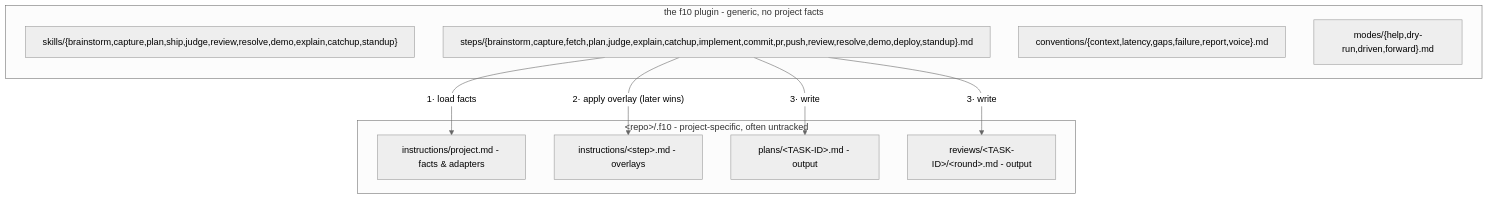
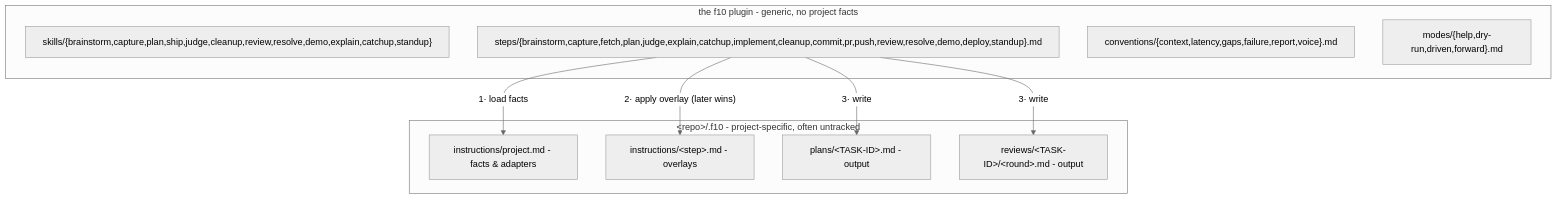
The second of 2 diagrams in README.md (amberpixels/f10), drawn with Mermaid (neutral theme) before and after one commit. The commit also changed other lines of this file and 9 other files, not shown here.

````diff
--- a/README.md
+++ b/README.md
@@ -197,19 +199,19 @@
 ```mermaid
 flowchart TB
     subgraph plugin ["the f10 plugin - generic, no project facts"]
-        skills2["skills/{brainstorm,capture,plan,ship,judge,review,resolve,demo,explain,catchup,standup}"]
-        gsteps["steps/{brainstorm,capture,fetch,plan,judge,explain,catchup,implement,commit,pr,push,review,resolve,demo,deploy,standup}.md"]
+        skills2["skills/{brainstorm,capture,plan,ship,judge,cleanup,review,resolve,demo,explain,catchup,standup}"]
+        gsteps["steps/{brainstorm,capture,fetch,plan,judge,explain,catchup,implement,cleanup,commit,pr,push,review,resolve,demo,deploy,standup}.md"]
         conv["conventions/{context,latency,gaps,failure,report,voice}.md"]
         modes2["modes/{help,dry-run,driven,forward}.md"]
     end
     subgraph repo ["&lt;repo&gt;/.f10 - project-specific, often untracked"]
         proj["instructions/project.md - facts & adapters"]
         over["instructions/&lt;step&gt;.md - overlays"]
         plans2["plans/&lt;TASK-ID&gt;.md - output"]
         reviews2["reviews/&lt;TASK-ID&gt;/&lt;round&gt;.md - output"]
     end
     gsteps -- "1· load facts" --> proj
     gsteps -- "2· apply overlay (later wins)" --> over
     gsteps -- "3· write" --> plans2
     gsteps -- "3· write" --> reviews2
 ```
````
